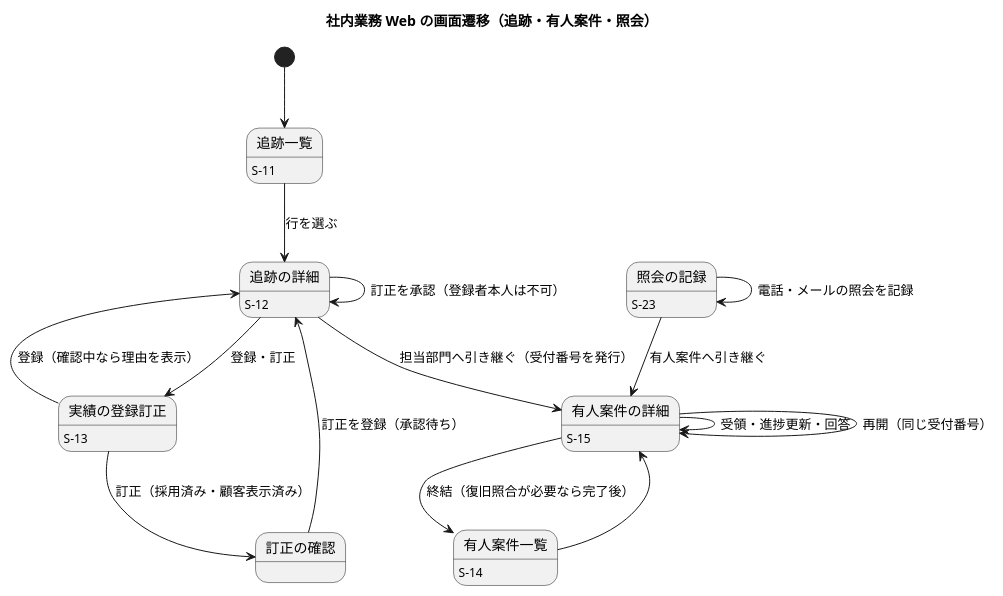
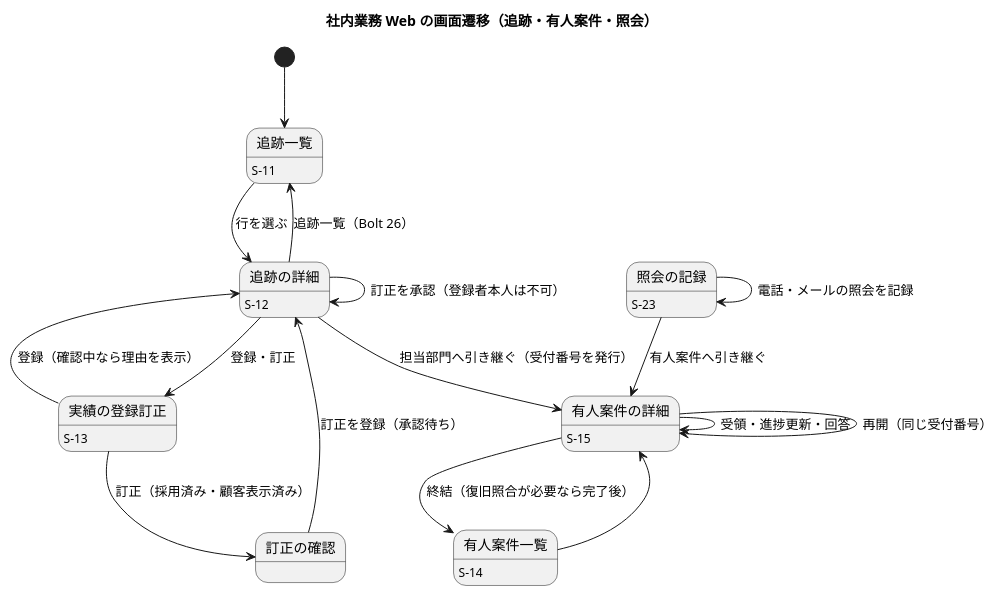
The sixth of 22 diagrams in docs/design/cargo-tracker/ui_design.md (k2works/practical-domain-driven-design-in-enterpris-application), drawn with PlantUML before and after one commit. The commit also changed other lines of this file and 20 other files, not shown here.

````diff
--- a/docs/design/cargo-tracker/ui_design.md
+++ b/docs/design/cargo-tracker/ui_design.md
@@ -381,26 +383,27 @@
 ```plantuml
 @startuml
 title 社内業務 Web の画面遷移（追跡・有人案件・照会）
 [*] --> 追跡一覧
 追跡一覧 : S-11
 追跡の詳細 : S-12
 実績の登録訂正 : S-13
 有人案件一覧 : S-14
 有人案件の詳細 : S-15
 照会の記録 : S-23
 
 追跡一覧 --> 追跡の詳細 : 行を選ぶ
+追跡の詳細 --> 追跡一覧 : 追跡一覧（Bolt 26）
 追跡の詳細 --> 実績の登録訂正 : 登録・訂正
 実績の登録訂正 --> 訂正の確認 : 訂正（採用済み・顧客表示済み）
 実績の登録訂正 --> 追跡の詳細 : 登録（確認中なら理由を表示）
 訂正の確認 --> 追跡の詳細 : 訂正を登録（承認待ち）
 追跡の詳細 --> 追跡の詳細 : 訂正を承認（登録者本人は不可）
 追跡の詳細 --> 有人案件の詳細 : 担当部門へ引き継ぐ（受付番号を発行）
 照会の記録 --> 照会の記録 : 電話・メールの照会を記録
 照会の記録 --> 有人案件の詳細 : 有人案件へ引き継ぐ
 有人案件一覧 --> 有人案件の詳細
 有人案件の詳細 --> 有人案件の詳細 : 受領・進捗更新・回答
 有人案件の詳細 --> 有人案件一覧 : 終結（復旧照合が必要なら完了後）
 有人案件の詳細 --> 有人案件の詳細 : 再開（同じ受付番号）
 @enduml
 ```
````
